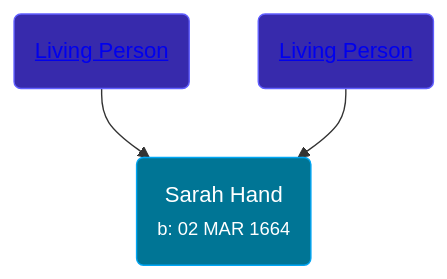
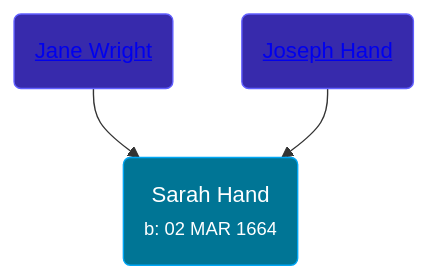
Before and after one commit to wpmgotkh/wpmgotkh.github.io: the diagram in pages/people/7/75255100.md, drawn with Mermaid. The commit also changed other lines of this file and 586 other files, not shown here.

Commit message:
feat: better shouldConsiderPersonLiving algo

````diff
--- a/pages/people/7/75255100.md
+++ b/pages/people/7/75255100.md
@@ -11,9 +11,9 @@
 ```mermaid
 graph
 classDef grands fill:#193cb8,stroke:#2b7fff,stroke-width:1px,color:#fff;
 classDef parents fill:#372aac,stroke:#615fff,stroke-width:1px,color:#fff;
 classDef primary fill:#007595,stroke:#00a6f4,stroke-width:1px,color:#fff;
 75255100(Sarah Hand<br /><small>b: 02 MAR 1664</small>):::primary
-25627400(<a class="text-white" href="/people/2/25627400">Living Person</a>):::parents-->75255100
-92413984(<a class="text-white" href="/people/9/92413984">Living Person</a>):::parents-->75255100
+25627400(<a class="text-white" href="/people/2/25627400">Jane Wright</a>):::parents-->75255100
+92413984(<a class="text-white" href="/people/9/92413984">Joseph Hand</a>):::parents-->75255100
 ```
````
